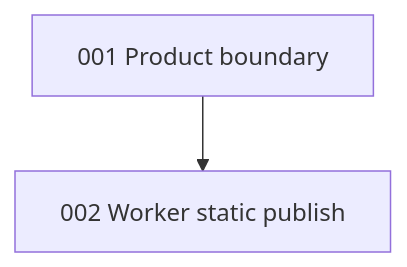
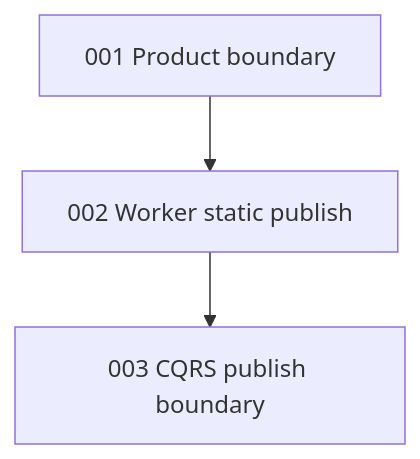
Before and after one commit to xingaiapp/xingai-passive-income-ideas: the diagram in docs/adr/README.md, drawn with Mermaid. The commit also changed other lines of this file and 8 other files, not shown here.

Commit message:
docs(adr): CQRS publish boundary for Idea shell (ADR-003)

````diff
--- a/docs/adr/README.md
+++ b/docs/adr/README.md
@@ -8,4 +9,5 @@
 ```mermaid
 flowchart TD
   A001[001 Product boundary] --> A002[002 Worker static publish]
+  A002 --> A003[003 CQRS publish boundary]
 ```
````
